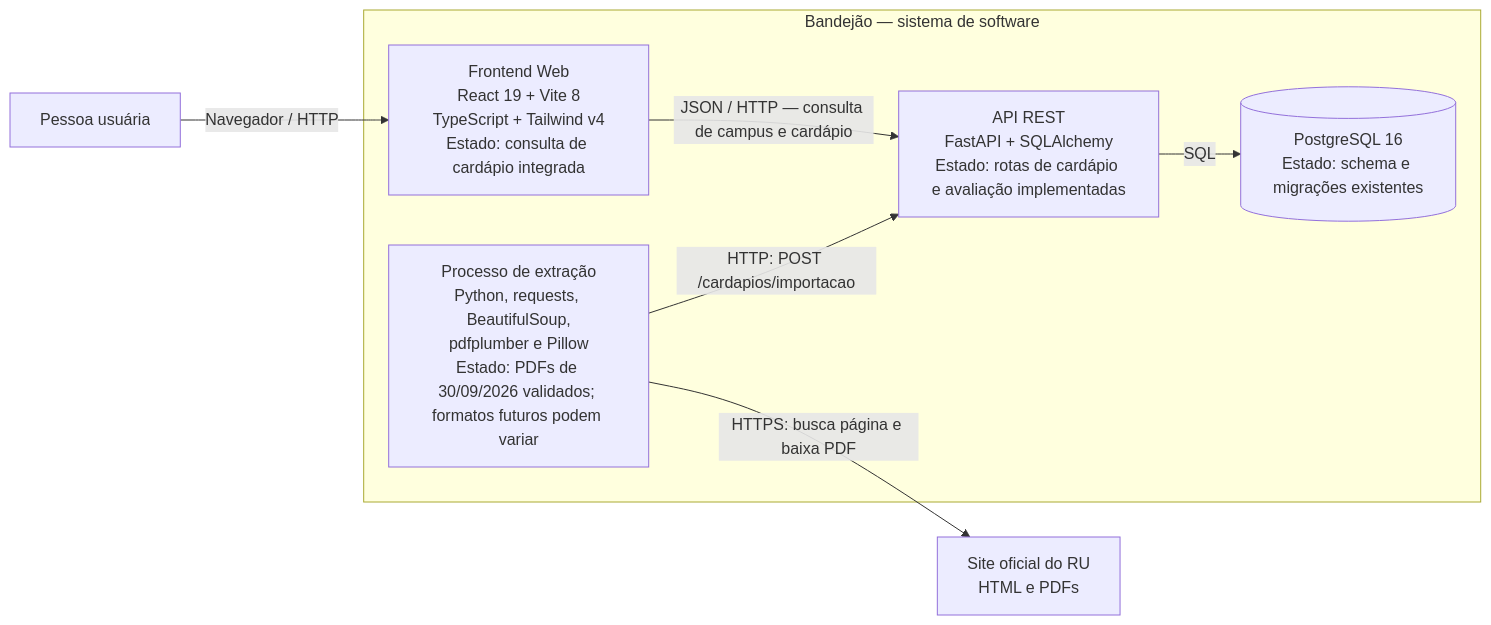
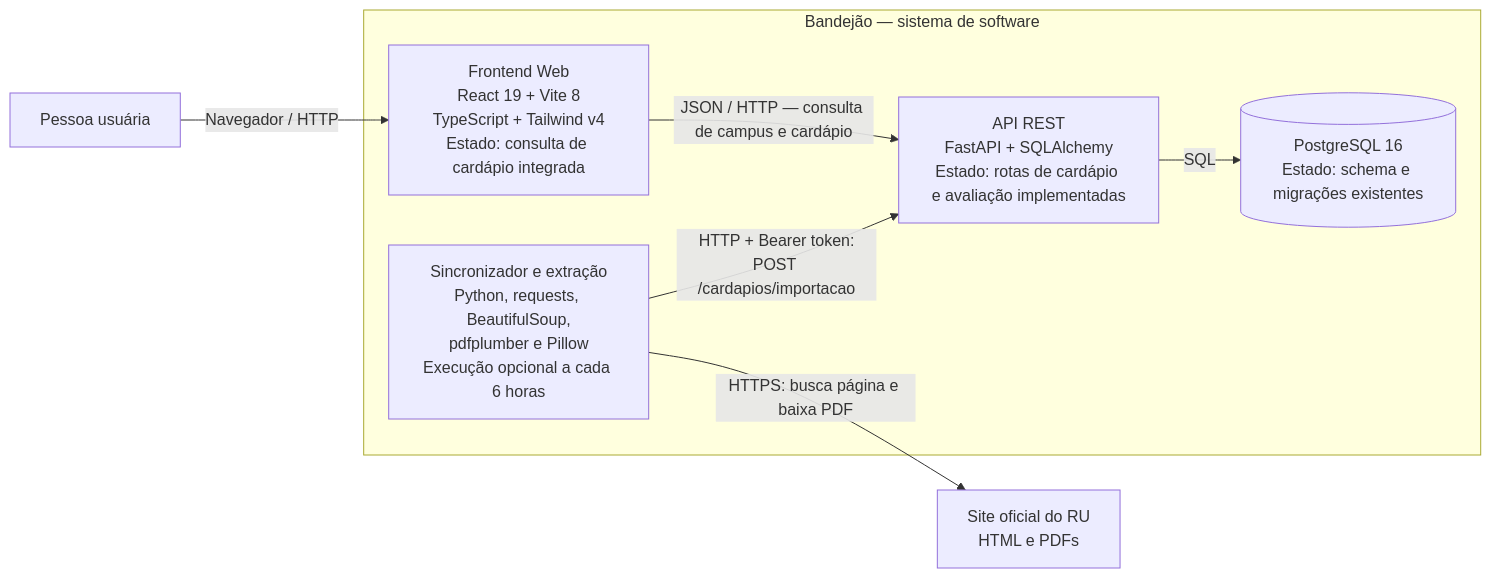
Before and after one commit to unb-mds/2026-2-Bandejao: the second of 3 diagrams in docs/Arquitetura.md, drawn with Mermaid. The commit also changed other lines of this file and 8 other files, not shown here.

````diff
--- a/docs/Arquitetura.md
+++ b/docs/Arquitetura.md
@@ -34,18 +34,18 @@
 ```mermaid
 flowchart LR
     pessoa["Pessoa usuária"]
     site["Site oficial do RU<br/>HTML e PDFs"]
 
     subgraph sistema["Bandejão — sistema de software"]
         web["Frontend Web<br/>React 19 + Vite 8<br/>TypeScript + Tailwind v4<br/>Estado: consulta de cardápio integrada"]
         api["API REST<br/>FastAPI + SQLAlchemy<br/>Estado: rotas de cardápio e avaliação implementadas"]
         banco[("PostgreSQL 16<br/>Estado: schema e migrações existentes")]
-        extracao["Processo de extração<br/>Python, requests, BeautifulSoup,<br/>pdfplumber e Pillow<br/>Estado: PDFs de 30/09/2026 validados; formatos futuros podem variar"]
+        extracao["Sincronizador e extração<br/>Python, requests, BeautifulSoup,<br/>pdfplumber e Pillow<br/>Execução opcional a cada 6 horas"]
     end
 
     pessoa -->|"Navegador / HTTP"| web
     web -->|"JSON / HTTP — consulta de campus e cardápio"| api
     api -->|"SQL"| banco
     extracao -->|"HTTPS: busca página e baixa PDF"| site
-    extracao -->|"HTTP: POST /cardapios/importacao"| api
+    extracao -->|"HTTP + Bearer token:<br/>POST /cardapios/importacao"| api
 ```
````
